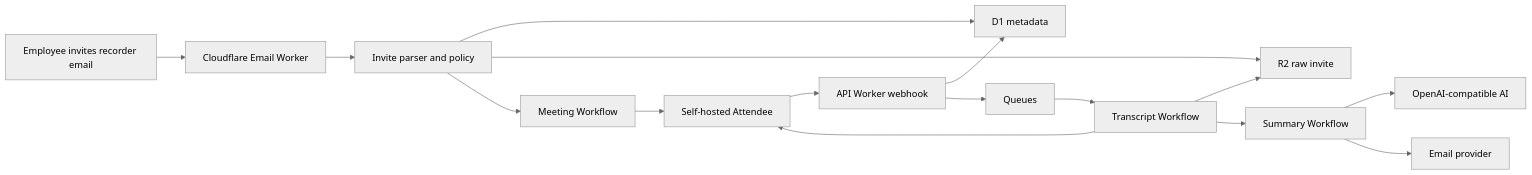
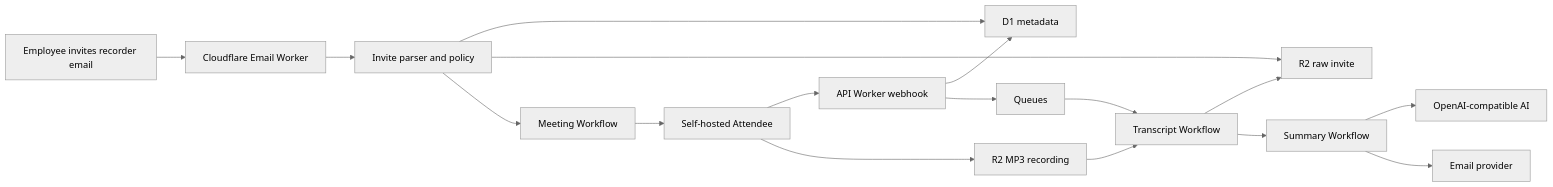
Before and after one commit to esaueng/minutesbot: the diagram in docs/architecture.md, drawn with Mermaid (neutral theme). The commit also changed other lines of this file and 25 other files, not shown here.

````diff
--- a/docs/architecture.md
+++ b/docs/architecture.md
@@ -3,18 +3,19 @@
 ```mermaid
 flowchart LR
   Employee["Employee invites recorder email"] --> Email["Cloudflare Email Worker"]
   Email --> Parser["Invite parser and policy"]
   Parser --> D1["D1 metadata"]
   Parser --> R2["R2 raw invite"]
   Parser --> Workflow["Meeting Workflow"]
   Workflow --> Attendee["Self-hosted Attendee"]
   Attendee --> Webhook["API Worker webhook"]
   Webhook --> D1
   Webhook --> Queue["Queues"]
   Queue --> Transcript["Transcript Workflow"]
-  Transcript --> Attendee
+  Attendee --> R2Recording["R2 MP3 recording"]
+  R2Recording --> Transcript
   Transcript --> R2
   Transcript --> Summary["Summary Workflow"]
   Summary --> AI["OpenAI-compatible AI"]
   Summary --> EmailOut["Email provider"]
 ```
````
